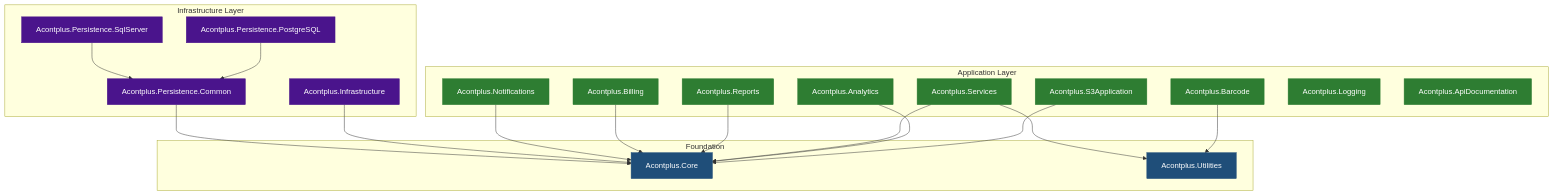
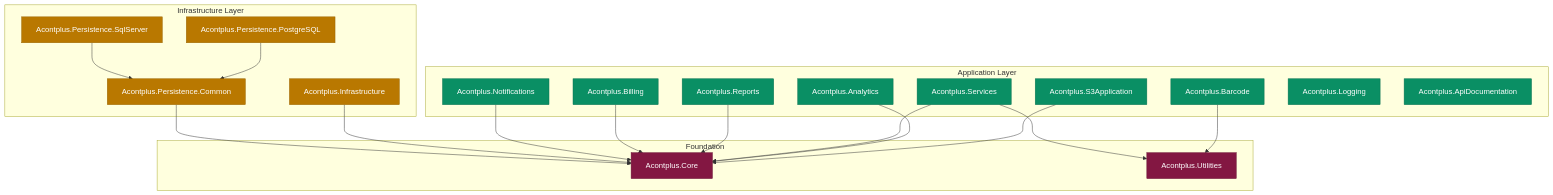
One commit to acontplus/acontplus-dotnet-libs changed the first of 4 diagrams in .github/prompts/generate-arch-diagram.prompt.md. Above: the diagram before and after it, drawn with Mermaid. The commit also changed 14 other files, not shown here.

First line of the commit message:
docs(wiki): enhance architecture documentation and streamline CI/CD workflows (#170)

````diff
--- a/.github/prompts/generate-arch-diagram.prompt.md
+++ b/.github/prompts/generate-arch-diagram.prompt.md
@@ -53,47 +53,47 @@
 ```mermaid
 flowchart TD
   subgraph infra[Infrastructure Layer]
     persistence_sql[Acontplus.Persistence.SqlServer]
     persistence_pg[Acontplus.Persistence.PostgreSQL]
     persistence_common[Acontplus.Persistence.Common]
     infrastructure[Acontplus.Infrastructure]
   end
 
   subgraph app[Application Layer]
     notifications[Acontplus.Notifications]
     billing[Acontplus.Billing]
     reports[Acontplus.Reports]
     services[Acontplus.Services]
     analytics[Acontplus.Analytics]
     s3[Acontplus.S3Application]
     barcode[Acontplus.Barcode]
     logging[Acontplus.Logging]
     api_docs[Acontplus.ApiDocumentation]
   end
 
   subgraph foundation[Foundation]
     core[Acontplus.Core]
     utilities[Acontplus.Utilities]
   end
 
   persistence_sql --> persistence_common
   persistence_pg --> persistence_common
   persistence_common --> core
   infrastructure --> core
   notifications --> core
   billing --> core
   reports --> core
   services --> core
   services --> utilities
   analytics --> core
   s3 --> core
   barcode --> utilities
 
-  classDef foundation fill:#1f4e79,color:#fff,stroke:#1f4e79
-  classDef app fill:#2e7d32,color:#fff,stroke:#2e7d32
-  classDef infra fill:#4a148c,color:#fff,stroke:#4a148c
+  classDef foundation fill:#831742,color:#fff,stroke:#6a1235
+  classDef app fill:#0a8f64,color:#fff,stroke:#097352
+  classDef infra fill:#b97800,color:#fff,stroke:#9a6400
 
   class core,utilities foundation
   class notifications,billing,reports,services,analytics,s3,barcode,logging,api_docs app
   class persistence_sql,persistence_pg,persistence_common,infrastructure infra
 ```
````
